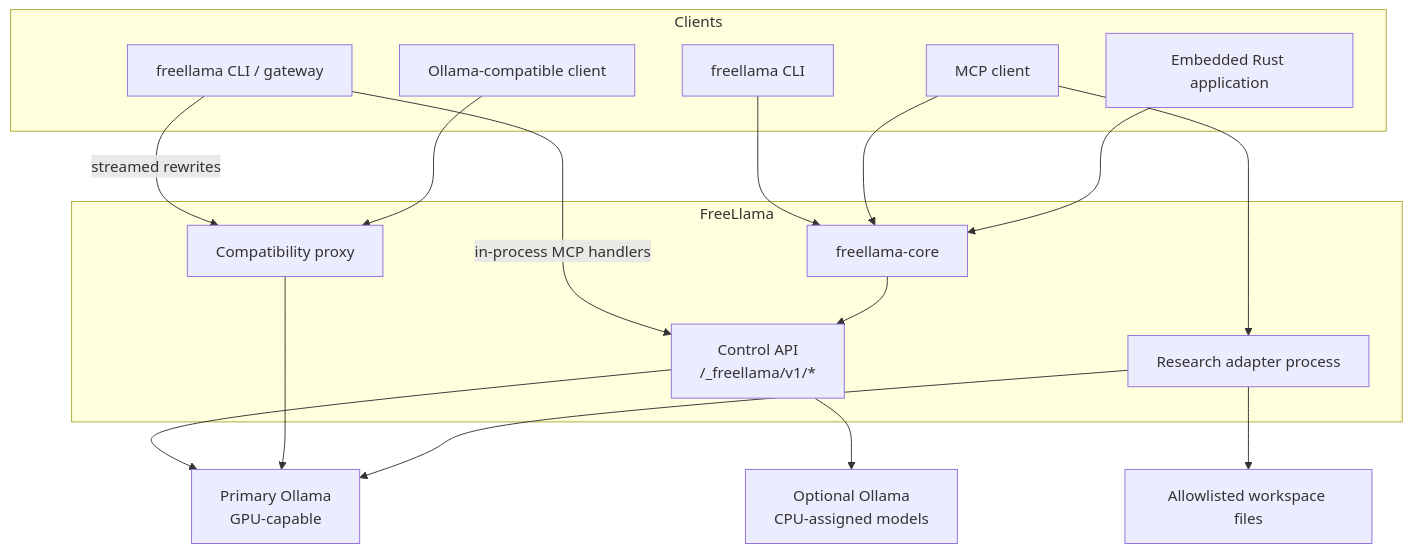
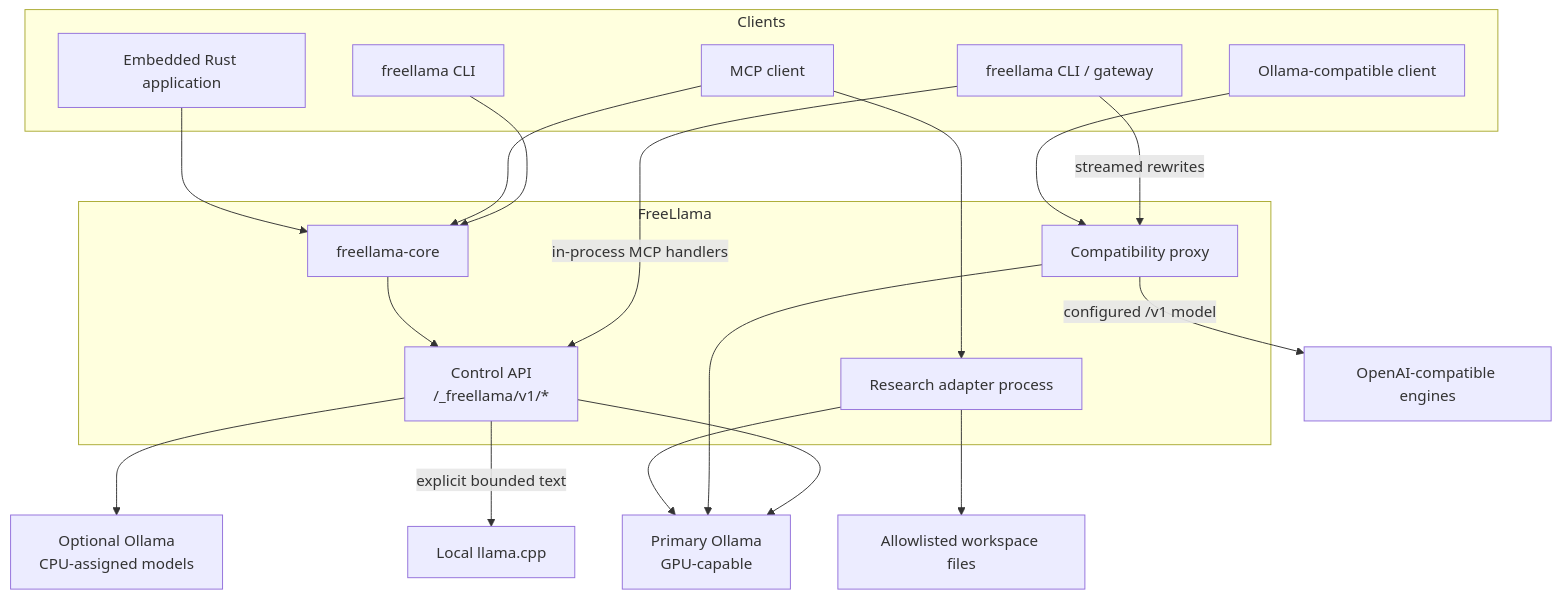
One commit to bgauryy/FreeLlama changed the second of 9 diagrams in docs/ARCHITECTURE.md. Above: the diagram before and after it, drawn with Mermaid. The commit also changed other lines of this file and 166 other files, not shown here.

````diff
--- a/docs/ARCHITECTURE.md
+++ b/docs/ARCHITECTURE.md
@@ -70,35 +77,37 @@
 ```mermaid
 flowchart TB
     subgraph clients["Clients"]
         CLI["freellama CLI"]
         MCP["MCP client"]
         FLL["freellama CLI / gateway"]
         RUST["Embedded Rust application"]
         RAW["Ollama-compatible client"]
     end
 
     subgraph freellama["FreeLlama"]
         CORE["freellama-core"]
         API["Control API<br/>/_freellama/v1/*"]
         PX["Compatibility proxy"]
         ADAPTER["Research adapter process"]
     end
 
     GPU["Primary Ollama<br/>GPU-capable"]
     CPU["Optional Ollama<br/>CPU-assigned models"]
     FILES["Allowlisted workspace files"]
 
     CLI --> CORE
     MCP --> CORE
     FLL -->|"in-process MCP handlers"| API
     FLL -->|"streamed rewrites"| PX
     RUST --> CORE
     CORE --> API
     RAW --> PX
     API --> GPU
     API --> CPU
+    API -->|"explicit bounded text"| LC["Local llama.cpp"]
+    PX -->|"configured /v1 model"| EXT["OpenAI-compatible engines"]
     PX --> GPU
     MCP --> ADAPTER
     ADAPTER --> FILES
     ADAPTER --> GPU
 ```
````
